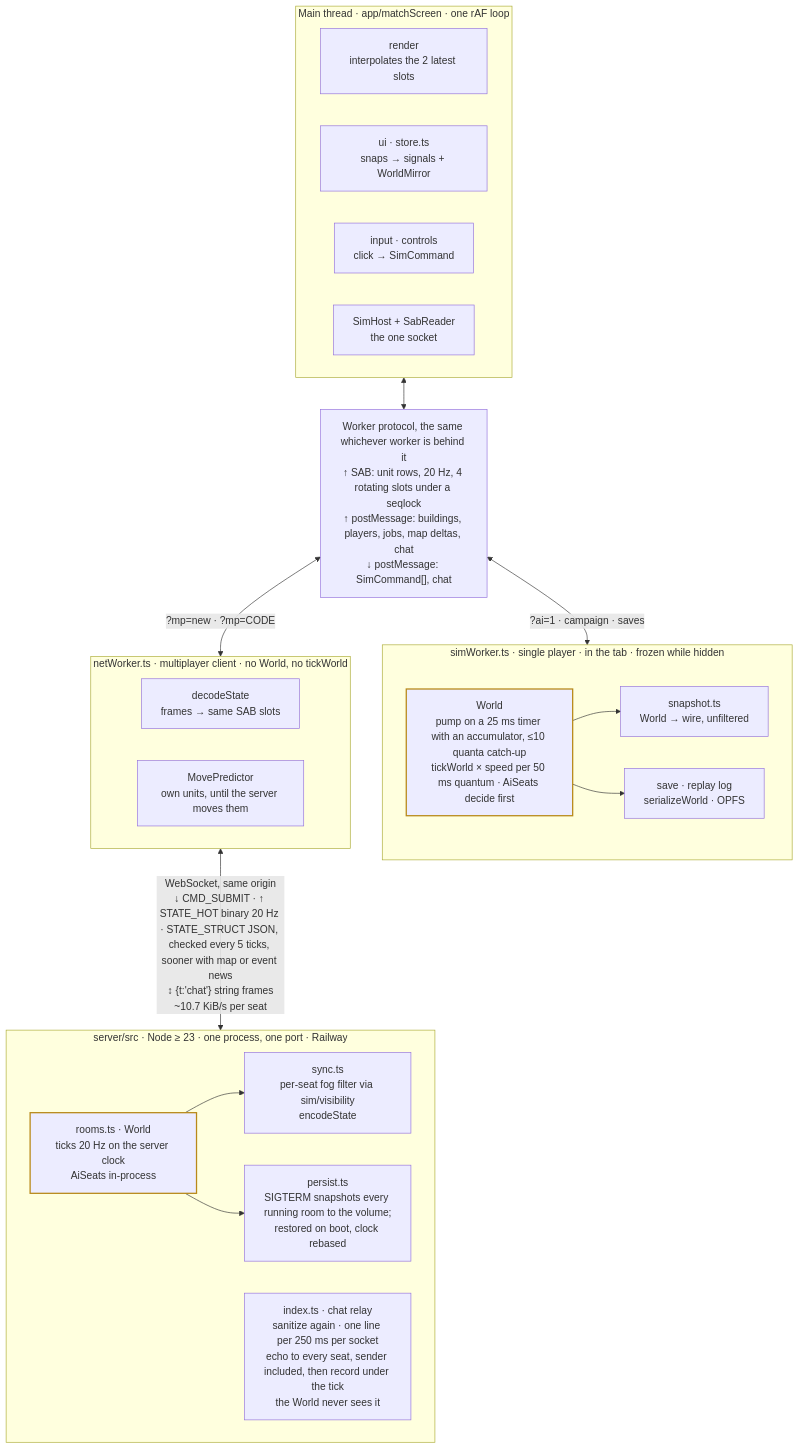
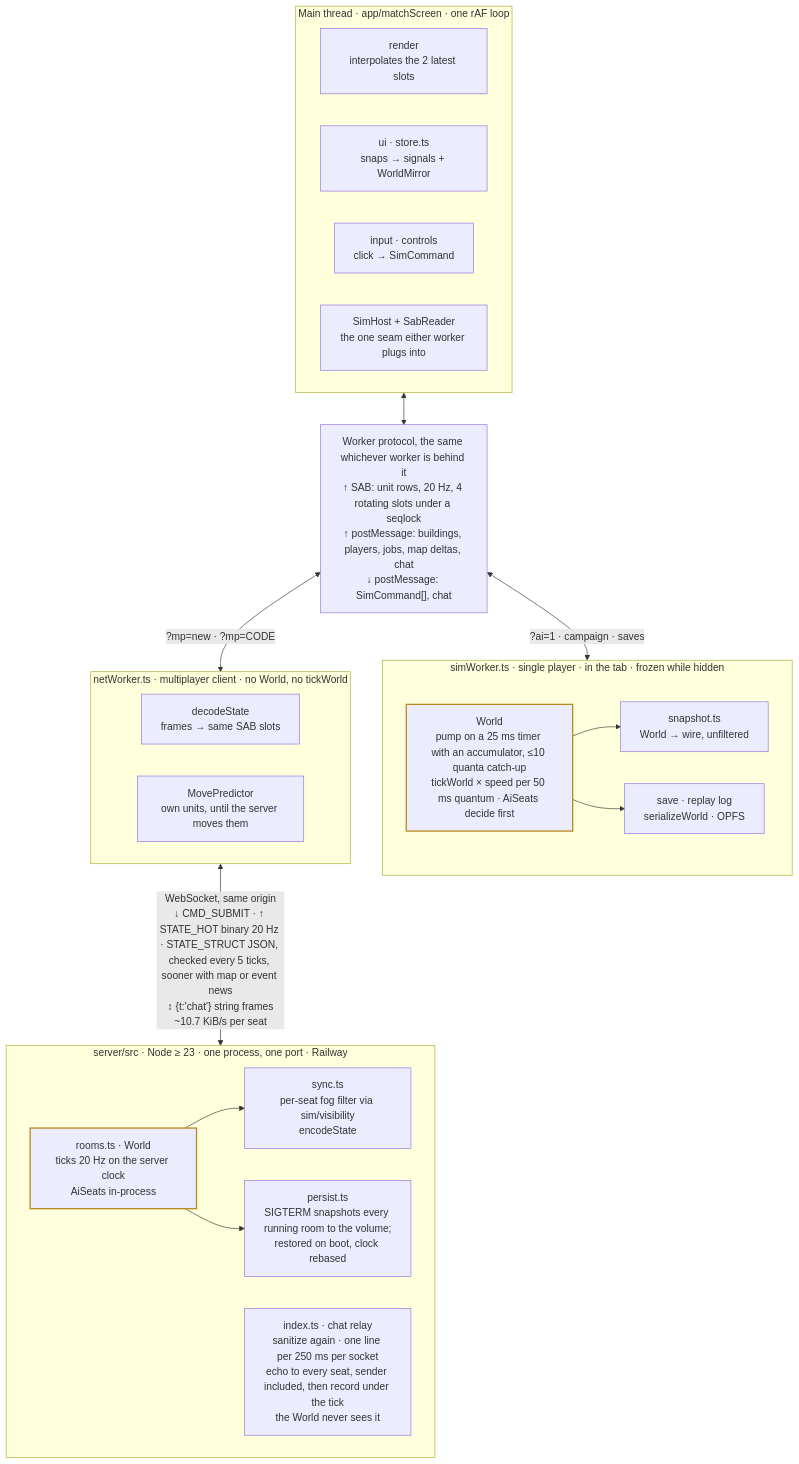
Before and after one commit to arv/serf: the second of 2 diagrams in docs/architecture.md, drawn with Mermaid. The commit also changed other lines of this file, not shown here.

First line of the commit message:
docs(architecture): four claims cut down to what the code does

````diff
--- a/docs/architecture.md
+++ b/docs/architecture.md
@@ -110,42 +111,42 @@
 ```mermaid
 flowchart TB
   subgraph main["Main thread · app/matchScreen · one rAF loop"]
     direction LR
     render["render<br/>interpolates the 2 latest slots"]
     uistore["ui · store.ts<br/>snaps → signals + WorldMirror"]
     controls["input · controls<br/>click → SimCommand"]
-    host["SimHost + SabReader<br/>the one socket"]
+    host["SimHost + SabReader<br/>the one seam either worker plugs into"]
   end
   wire["Worker protocol, the same whichever worker is behind it<br/>↑ SAB: unit rows, 20 Hz, 4 rotating slots under a seqlock<br/>↑ postMessage: buildings, players, jobs, map deltas, chat<br/>↓ postMessage: SimCommand[], chat"]
   main <--> wire
 
   subgraph solo["simWorker.ts · single player · in the tab · frozen while hidden"]
     world1["World<br/>pump on a 25 ms timer with an accumulator, ≤10 quanta catch-up<br/>tickWorld × speed per 50 ms quantum · AiSeats decide first"]
     snap["snapshot.ts<br/>World → wire, unfiltered"]
     save["save · replay log<br/>serializeWorld · OPFS"]
     world1 --> snap
     world1 --> save
   end
   wire <-- "?ai=1 · campaign · saves" --> solo
 
   subgraph mp["netWorker.ts · multiplayer client · no World, no tickWorld"]
     direction LR
     decode["decodeState<br/>frames → same SAB slots"]
     predict["MovePredictor<br/>own units, until the server moves them"]
   end
   wire <-- "?mp=new · ?mp=CODE" --> mp
 
   subgraph srv["server/src · Node ≥ 23 · one process, one port · Railway"]
     direction LR
     rooms["rooms.ts · World<br/>ticks 20 Hz on the server clock<br/>AiSeats in-process"]
     sync["sync.ts<br/>per-seat fog filter via sim/visibility<br/>encodeState"]
     persist["persist.ts<br/>SIGTERM snapshots every running room to the volume;<br/>restored on boot, clock rebased"]
     relay["index.ts · chat relay<br/>sanitize again · one line per 250 ms per socket<br/>echo to every seat, sender included, then record under the tick<br/>the World never sees it"]
     rooms --> sync
     rooms --> persist
   end
   mp <-- "WebSocket, same origin<br/>↓ CMD_SUBMIT · ↑ STATE_HOT binary 20 Hz · STATE_STRUCT JSON, checked every 5 ticks, sooner with map or event news<br/>↕ {t:'chat'} string frames<br/>~10.7 KiB/s per seat" --> srv
 
   style world1 stroke:#b8891a,stroke-width:2px
   style rooms stroke:#b8891a,stroke-width:2px
 ```
````
